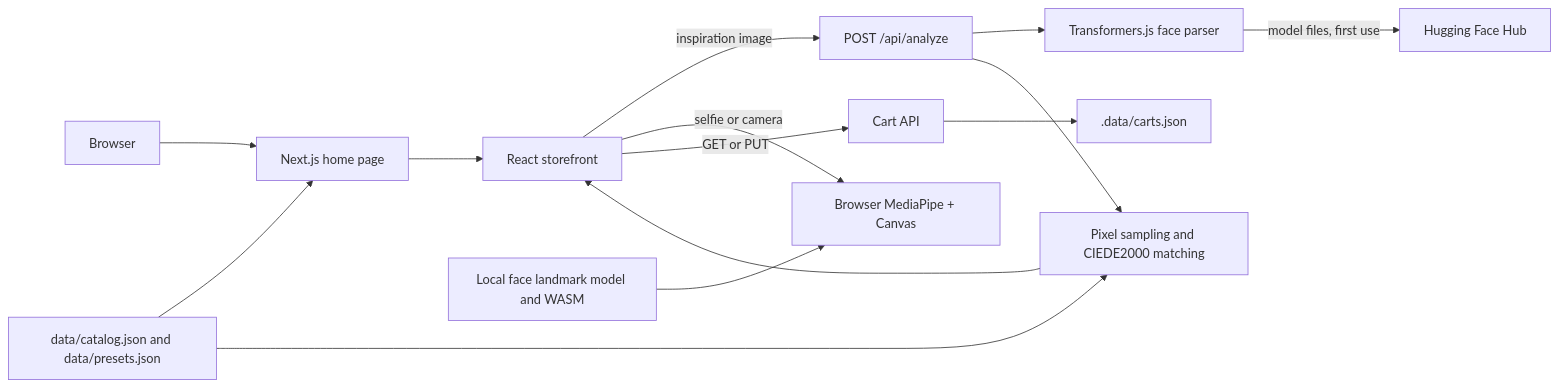
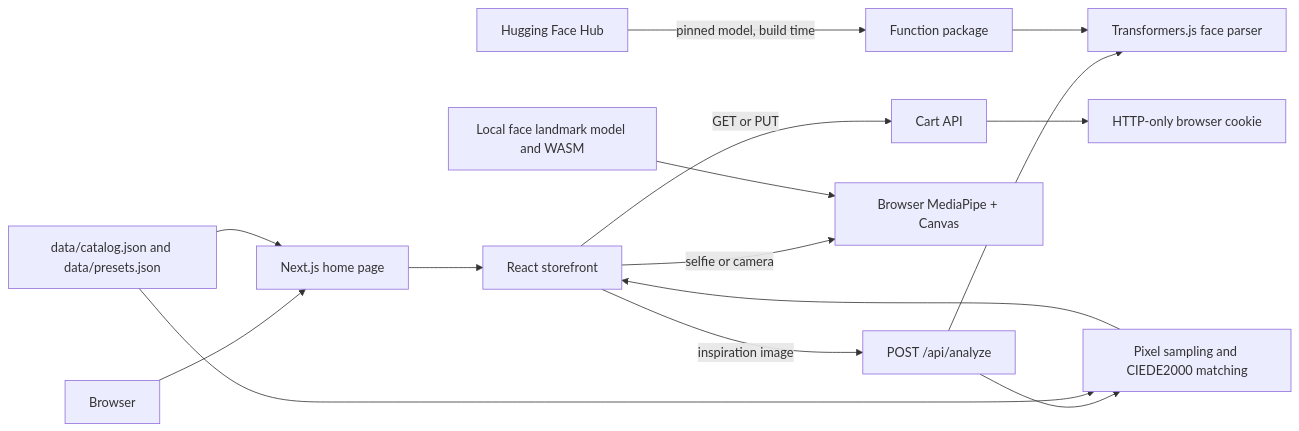
The diagram in docs/architecture.md (LiteralKrishu/NykaaCopilot), drawn with Mermaid before and after one commit. The commit also changed other lines of this file and 19 other files, not shown here.

Commit message:
fix: bundle face model for Vercel analysis

````diff
--- a/docs/architecture.md
+++ b/docs/architecture.md
@@ -5,16 +5,17 @@
 ```mermaid
 flowchart LR
   User[Browser] --> Home[Next.js home page]
   Home --> UI[React storefront]
   Catalog[data/catalog.json and data/presets.json] --> Home
   UI -->|inspiration image| Analyze[POST /api/analyze]
   Analyze --> Parser[Transformers.js face parser]
-  Parser -->|model files, first use| Hub[Hugging Face Hub]
+  Hub[Hugging Face Hub] -->|pinned model, build time| Bundle[Function package]
+  Bundle --> Parser
   Analyze --> Match[Pixel sampling and CIEDE2000 matching]
   Catalog --> Match
   Match --> UI
   UI -->|selfie or camera| TryOn[Browser MediaPipe + Canvas]
   Assets[Local face landmark model and WASM] --> TryOn
   UI -->|GET or PUT| Cart[Cart API]
-  Cart --> Store[.data/carts.json]
+  Cart --> Store[HTTP-only browser cookie]
 ```
````
